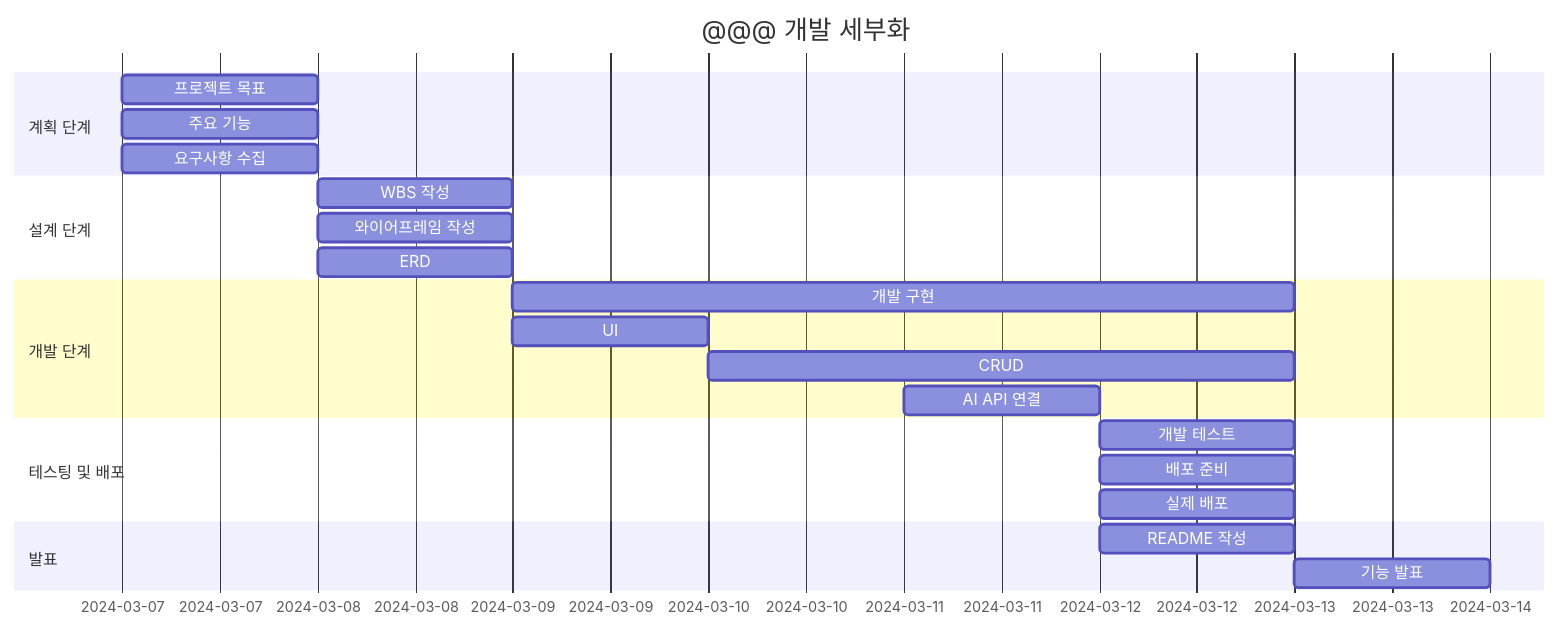
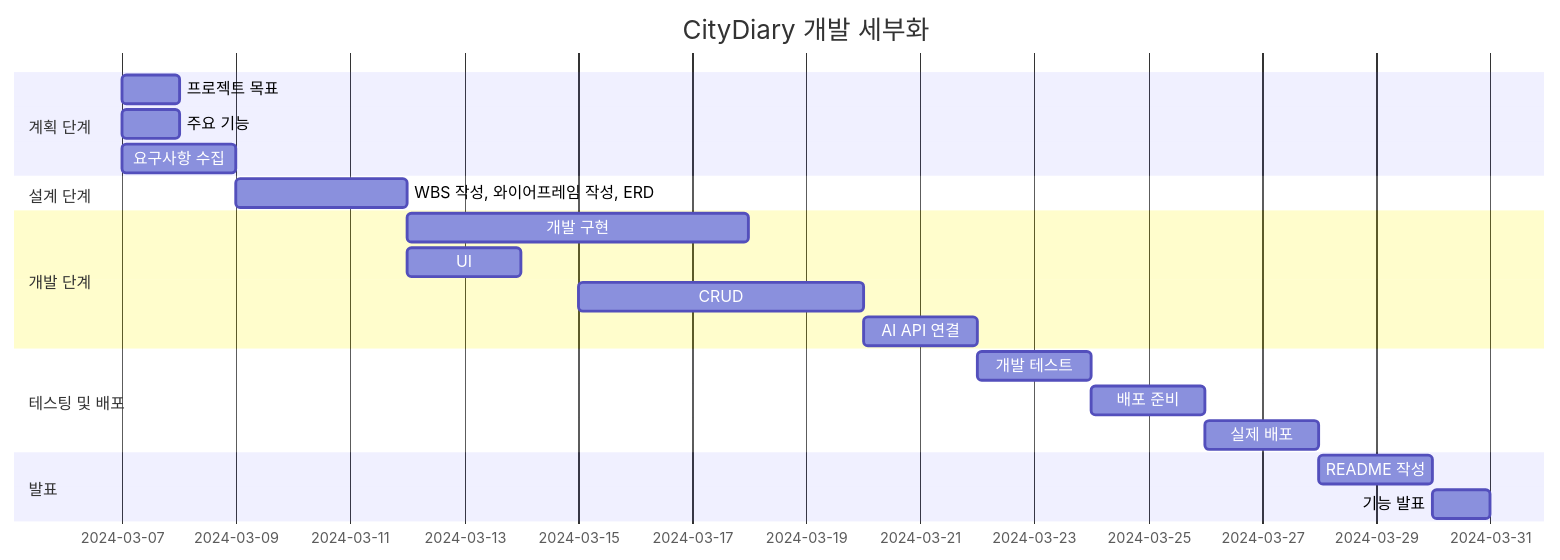
One commit to soohyun020812/Portfolio_CityDiary changed the diagram in README.md. Above: the diagram before and after it, drawn with Mermaid. The commit also changed other lines of this file, not shown here.

````diff
--- a/README.md
+++ b/README.md
@@ -42,30 +42,28 @@
 ```mermaid
 gantt
-    title @@@ 개발 세부화
+    title CityDiary 개발 세부화
     dateFormat    YYYY-MM-DD
 
     section 계획 단계
     프로젝트 목표 : 2024-03-07, 1d
     주요 기능 : 2024-03-07, 1d
-    요구사항 수집 : 2024-03-07, 1d
+    요구사항 수집 : 2024-03-07, 2d
     
     section 설계 단계
-    WBS 작성 : 2024-03-08, 1d
-    와이어프레임 작성 : 2024-03-08, 1d
-    ERD : 2024-03-08, 1d
+    WBS 작성, 와이어프레임 작성, ERD : 2024-03-09, 3d
 
     section 개발 단계
-    개발 구현 : 2024-03-09, 4d
-    UI : 2024-03-09, 1d
-    CRUD : 2024-03-10, 3d
-    AI API 연결 : 2024-03-11, 1d
+    개발 구현 : 2024-03-12, 6d
+    UI : 2024-03-12, 2d
+    CRUD : 2024-03-15, 5d
+    AI API 연결 : 2024-03-20, 2d
     
     section 테스팅 및 배포
-    개발 테스트 : 2024-03-12, 1d
-    배포 준비 : 2024-03-12, 1d
-    실제 배포 : 2024-03-12, 1d
+    개발 테스트 : 2024-03-22, 2d
+    배포 준비 : 2024-03-24, 2d
+    실제 배포 : 2024-03-26, 2d
 
     section 발표
-    README 작성 : 2024-03-12, 1d
-    기능 발표 : 2024-03-13, 1d
+    README 작성 : 2024-03-28, 2d
+    기능 발표 : 2024-03-30, 1d
 ```
````
